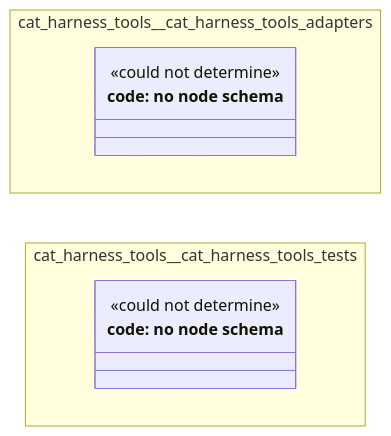
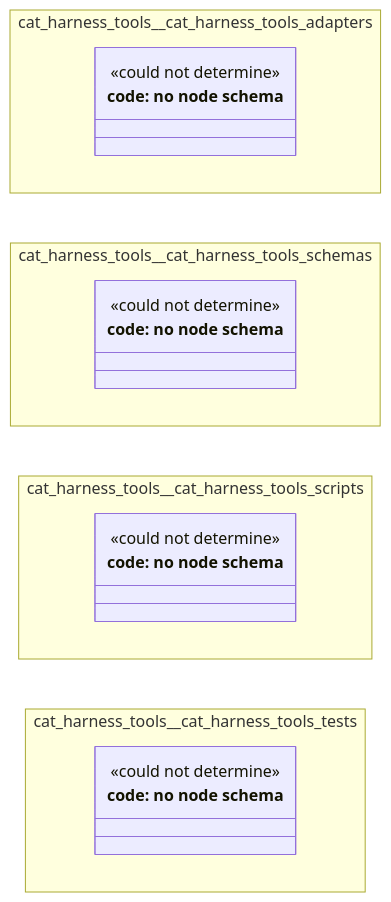
One commit to litlfred/folio-assistant changed the diagram in cat-harness/docs/uml/overview/cat-harness-tools.md. Above: the diagram before and after it, drawn with Mermaid. The commit also changed other lines of this file and 32 other files, not shown here.

````diff
--- a/cat-harness/docs/uml/overview/cat-harness-tools.md
+++ b/cat-harness/docs/uml/overview/cat-harness-tools.md
@@ -44,18 +48,32 @@
 ```mermaid
 classDiagram
   direction LR
   namespace cat_harness_tools__cat_harness_tools_adapters {
     class n_cat_harness_tools_cat_harness_tools_adapters_code["code: no node schema"] {
+      <<could not determine>>
+    }
+  }
+  namespace cat_harness_tools__cat_harness_tools_schemas {
+    class n_cat_harness_tools_cat_harness_tools_schemas_code["code: no node schema"] {
+      <<could not determine>>
+    }
+  }
+  namespace cat_harness_tools__cat_harness_tools_scripts {
+    class n_cat_harness_tools_cat_harness_tools_scripts_code["code: no node schema"] {
       <<could not determine>>
     }
   }
   namespace cat_harness_tools__cat_harness_tools_tests {
     class n_cat_harness_tools_cat_harness_tools_tests_code["code: no node schema"] {
       <<could not determine>>
     }
   }
   cssClass "n_cat_harness_tools_cat_harness_tools_adapters_code" fa_uml_kind_code
   cssClass "n_cat_harness_tools_cat_harness_tools_adapters_code" fa_uml_undetermined
+  cssClass "n_cat_harness_tools_cat_harness_tools_schemas_code" fa_uml_kind_code
+  cssClass "n_cat_harness_tools_cat_harness_tools_schemas_code" fa_uml_undetermined
+  cssClass "n_cat_harness_tools_cat_harness_tools_scripts_code" fa_uml_kind_code
+  cssClass "n_cat_harness_tools_cat_harness_tools_scripts_code" fa_uml_undetermined
   cssClass "n_cat_harness_tools_cat_harness_tools_tests_code" fa_uml_kind_code
   cssClass "n_cat_harness_tools_cat_harness_tools_tests_code" fa_uml_undetermined
 ```
````
